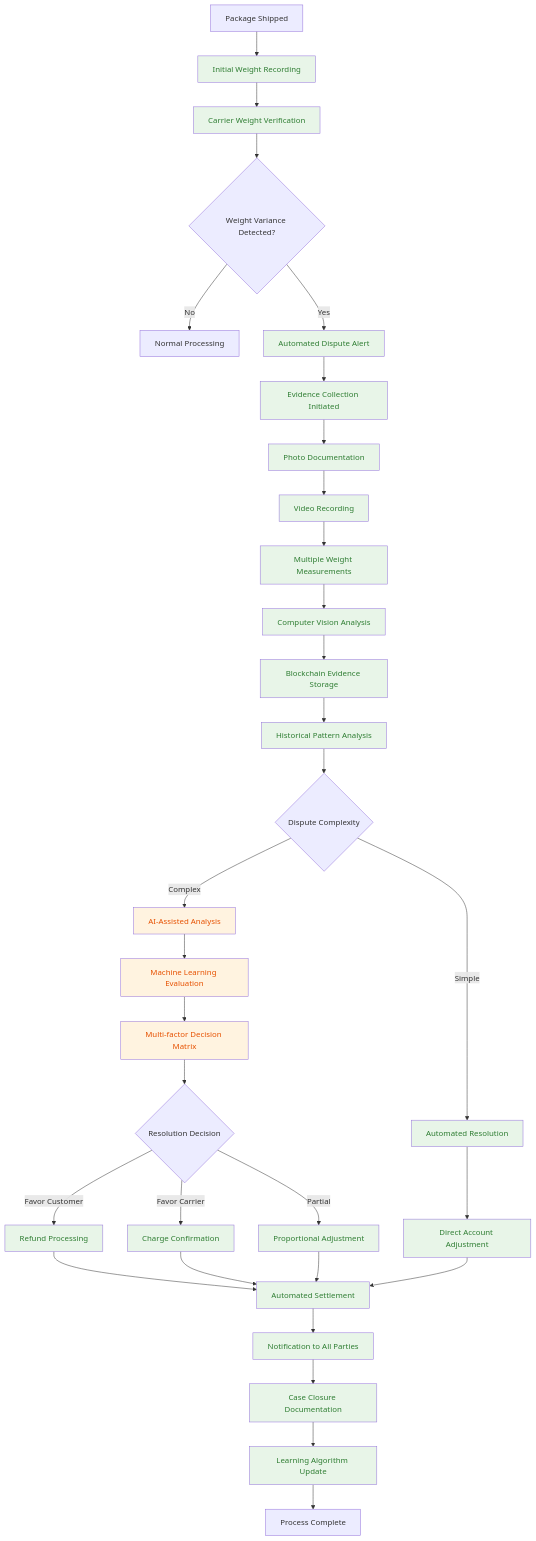
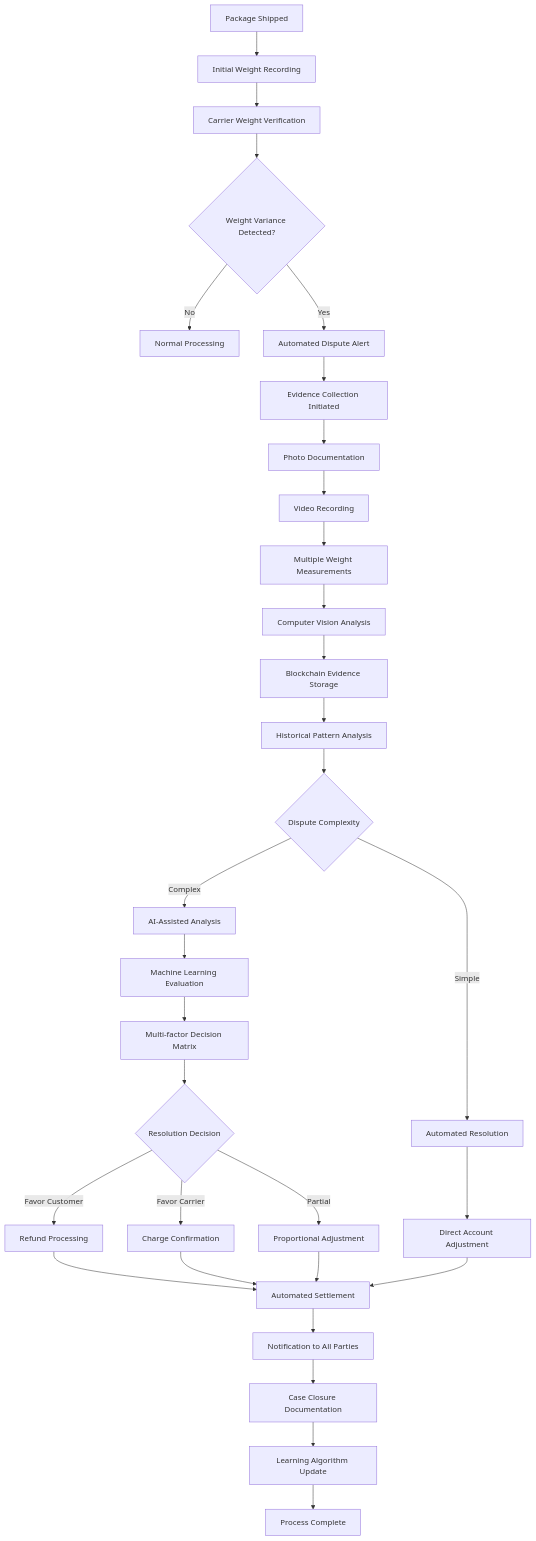
Diagram 18 of 44 in README.md (sandeepkumar0801/Digihub), drawn with Mermaid before and after one commit. The commit also changed other lines of this file, not shown here.

Commit message:
update diagram index

````diff
--- a/README.md
+++ b/README.md
@@ -3315,65 +3173,65 @@
 ```mermaid
 graph TD
     A[Package Shipped] --> B[Initial Weight Recording]
     B --> C[Carrier Weight Verification]
     C --> D{Weight Variance Detected?}
 
     D -->|No| E[Normal Processing]
     D -->|Yes| F[Automated Dispute Alert]
 
     F --> G[Evidence Collection Initiated]
     G --> H[Photo Documentation]
     H --> I[Video Recording]
     I --> J[Multiple Weight Measurements]
 
     J --> K[Computer Vision Analysis]
     K --> L[Blockchain Evidence Storage]
     L --> M[Historical Pattern Analysis]
 
     M --> N{Dispute Complexity}
     N -->|Simple| O[Automated Resolution]
     N -->|Complex| P[AI-Assisted Analysis]
 
     O --> Q[Direct Account Adjustment]
     P --> R[Machine Learning Evaluation]
     R --> S[Multi-factor Decision Matrix]
     S --> T{Resolution Decision}
 
     T -->|Favor Customer| U[Refund Processing]
     T -->|Favor Carrier| V[Charge Confirmation]
     T -->|Partial| W[Proportional Adjustment]
 
     U --> X[Automated Settlement]
     V --> X
     W --> X
     Q --> X
 
     X --> Y[Notification to All Parties]
     Y --> Z[Case Closure Documentation]
     Z --> AA[Learning Algorithm Update]
 
     AA --> BB[Process Complete]
 
-    style B fill:#e8f5e8,color:#2e7d32
-    style C fill:#e8f5e8,color:#2e7d32
-    style F fill:#e8f5e8,color:#2e7d32
-    style G fill:#e8f5e8,color:#2e7d32
-    style H fill:#e8f5e8,color:#2e7d32
-    style I fill:#e8f5e8,color:#2e7d32
-    style J fill:#e8f5e8,color:#2e7d32
-    style K fill:#e8f5e8,color:#2e7d32
-    style L fill:#e8f5e8,color:#2e7d32
-    style M fill:#e8f5e8,color:#2e7d32
-    style O fill:#e8f5e8,color:#2e7d32
-    style Q fill:#e8f5e8,color:#2e7d32
-    style U fill:#e8f5e8,color:#2e7d32
-    style V fill:#e8f5e8,color:#2e7d32
-    style W fill:#e8f5e8,color:#2e7d32
-    style X fill:#e8f5e8,color:#2e7d32
-    style Y fill:#e8f5e8,color:#2e7d32
-    style Z fill:#e8f5e8,color:#2e7d32
-    style AA fill:#e8f5e8,color:#2e7d32
-    style P fill:#fff3e0,color:#e65100
-    style R fill:#fff3e0,color:#e65100
-    style S fill:#fff3e0,color:#e65100
+
+
+
+
+
+
+
+
+
+
+
+
+
+
+
+
+
+
+
+
+
+
 ```
````
